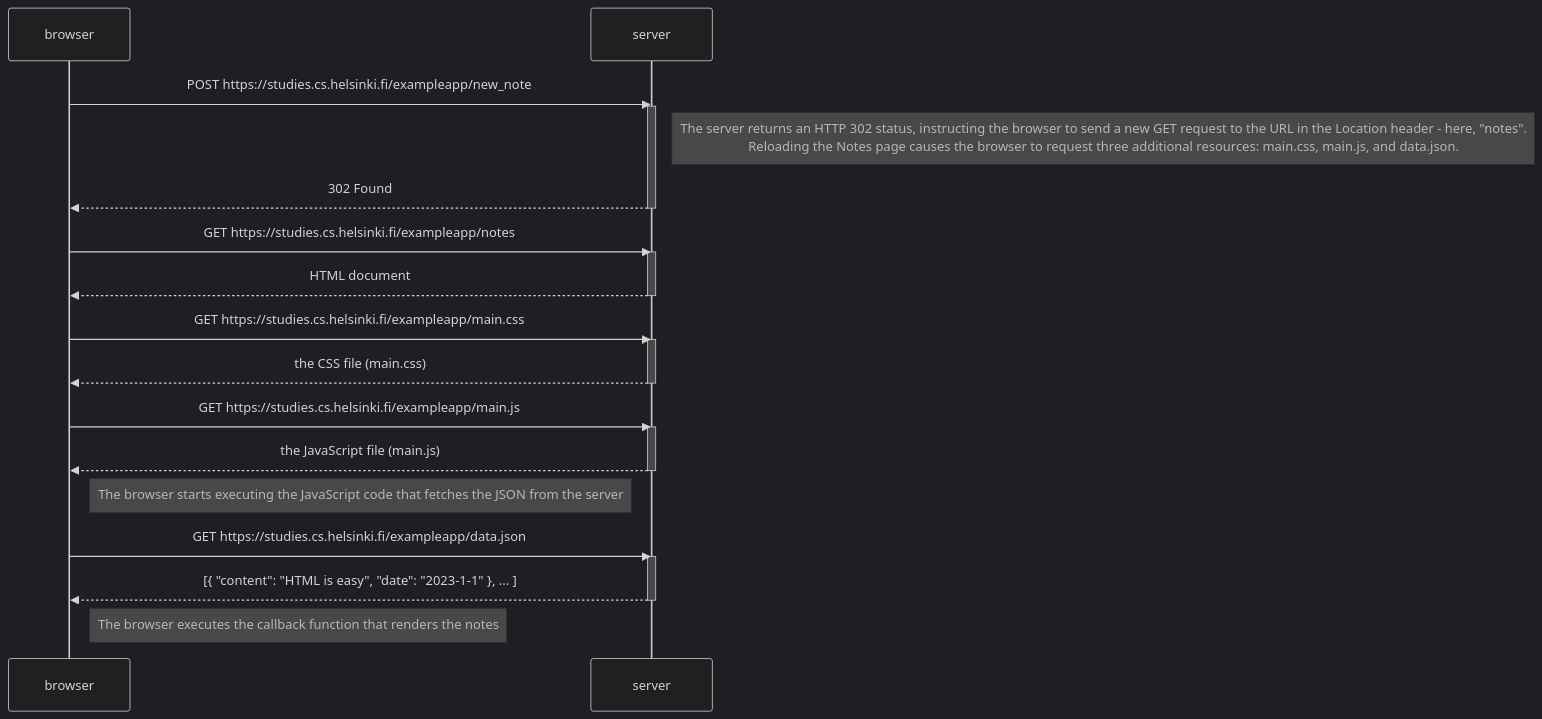
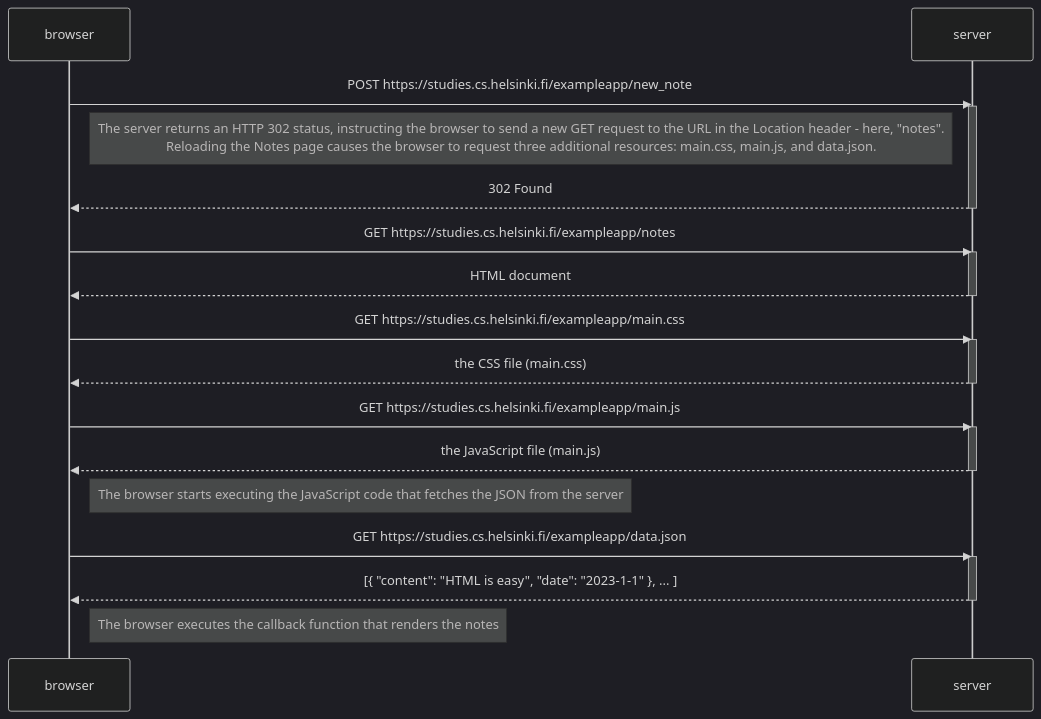
Before and after one commit to BoddyGus/The-Full-Stack-Open-Course: the diagram in part0/0.4:new-note-diagram.md, drawn with Mermaid (dark theme).

Commit message:
Making a diagram look better in a task 0.4: New note diagram

````diff
--- a/part0/0.4:new-note-diagram.md
+++ b/part0/0.4:new-note-diagram.md
@@ -1,35 +1,35 @@
 ```mermaid
 sequenceDiagram
     participant browser
     participant server
 
     browser->>server: POST https://studies.cs.helsinki.fi/exampleapp/new_note
     activate server
-    Note right of server: The server returns an HTTP 302 status, instructing the browser to send a new GET request to the URL in the Location header - here, "notes". <br/> Reloading the Notes page causes the browser to request three additional resources: main.css, main.js, and data.json.
+    Note left of server: The server returns an HTTP 302 status, instructing the browser to send a new GET request to the URL in the Location header - here, "notes". <br/> Reloading the Notes page causes the browser to request three additional resources: main.css, main.js, and data.json.
     server-->>browser: 302 Found
     deactivate server
 
     browser->>server: GET https://studies.cs.helsinki.fi/exampleapp/notes
     activate server
     server-->>browser: HTML document
     deactivate server
 
     browser->>server: GET https://studies.cs.helsinki.fi/exampleapp/main.css
     activate server
     server-->>browser: the CSS file (main.css)
     deactivate server
 
     browser->>server: GET https://studies.cs.helsinki.fi/exampleapp/main.js
     activate server
     server-->>browser: the JavaScript file (main.js)
     deactivate server
 
     Note right of browser: The browser starts executing the JavaScript code that fetches the JSON from the server
 
     browser->>server: GET https://studies.cs.helsinki.fi/exampleapp/data.json
     activate server
     server-->>browser: [{ "content": "HTML is easy", "date": "2023-1-1" }, ... ]
     deactivate server
 
     Note right of browser: The browser executes the callback function that renders the notes
 ```
````
